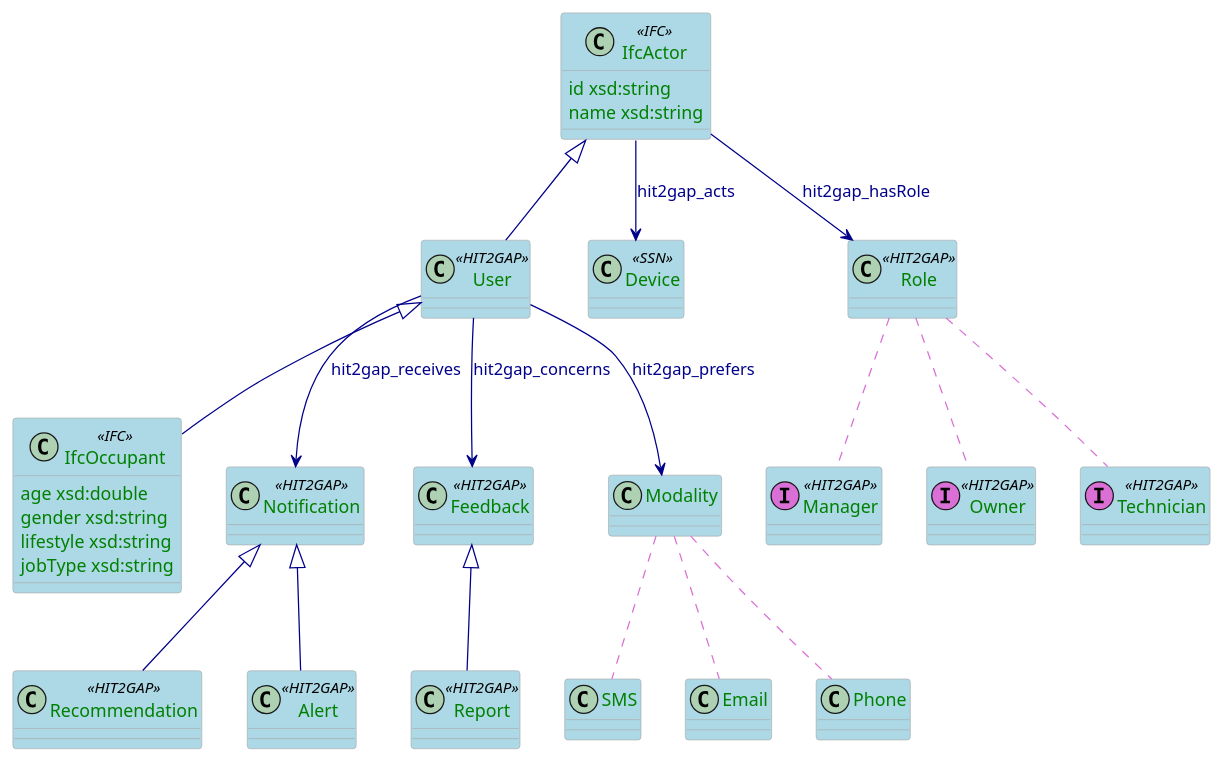
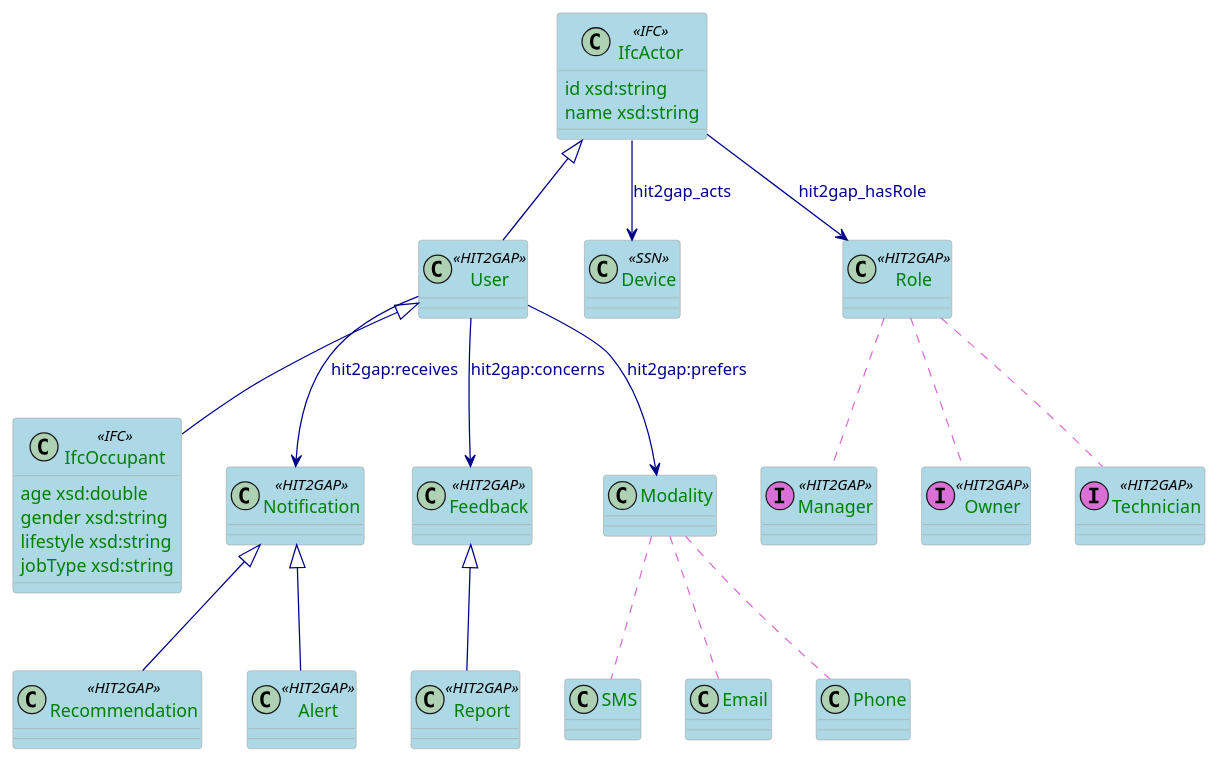
The diagram in docs/plantuml/OccupantSpecificModel.puml (HIT2GAP-EU-PROJECT/BEMOnt), drawn with PlantUML before and after one commit. The commit also changed 5 other files, not shown here.

```diff
--- a/docs/plantuml/OccupantSpecificModel.puml
+++ b/docs/plantuml/OccupantSpecificModel.puml
@@ -1,87 +1,87 @@
 @startuml
 skinparam class {
   ArrowColor DarkBlue
   ArrowFontColor DarkBlue
   BackgroundColor LightBlue
   BorderColor DarkGrey
 }
 skinparam stereotypeCBackgroundColor Wheat
 skinparam classAttributeFontColor  Green
 
 class IfcActor <<IFC>> {
   id xsd:string
   name xsd:string
 }
 
 class IfcOccupant <<IFC>>{
   age xsd:double
   gender xsd:string
   lifestyle xsd:string
   jobType xsd:string
 }
 
 class User <<HIT2GAP>>{
 
 }
 
 class Notification <<HIT2GAP>>{
 
 }
 
 class Report <<HIT2GAP>>{
 
 }
 
 class Recommendation <<HIT2GAP>>{
 
 }
 
 class Feedback <<HIT2GAP>>{
 
 }
 
 class Alert <<HIT2GAP>>{
 
 }
 class Device <<SSN>>{
 
 }
 
 class Role <<HIT2GAP>>{
 
 }
 class Manager <<(I,orchid) HIT2GAP>>{
 
 }
 class Owner <<(I,orchid) HIT2GAP>>{
 
 }
 class Technician <<(I,orchid) HIT2GAP>>{
 
 }
 
 IfcActor <|-- User
 IfcActor--> Role: hit2gap_hasRole
 IfcActor --> Device:hit2gap_acts
 
 Role ..[#orchid] Manager
 Role ..[#orchid] Owner
 Role ..[#orchid] Technician
 User <|-- IfcOccupant
 
 /'
 Description of Feedback and Reporting
 '/
 
 Feedback <|-- Report
 Notification <|-- Alert
 Notification <|-- Recommendation
-User --> Modality: hit2gap_prefers
+User --> Modality: hit2gap:prefers
 Modality ..[#orchid] SMS
 Modality ..[#orchid] Email
 Modality ..[#orchid] Phone
 
-User --> Notification:hit2gap_receives
-User --> Feedback:hit2gap_concerns
+User --> Notification:hit2gap:receives
+User --> Feedback:hit2gap:concerns
 
 @enduml
```
